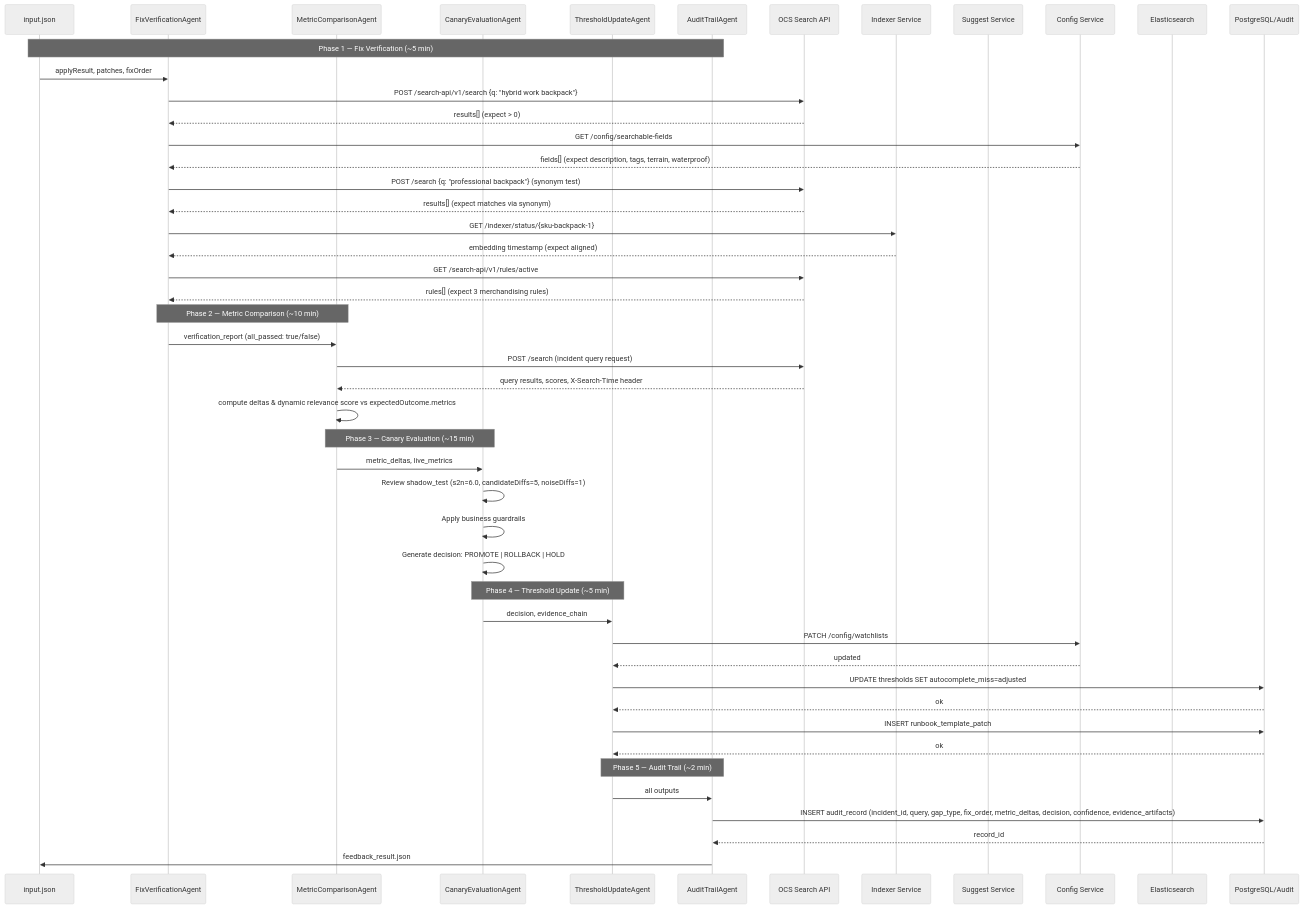
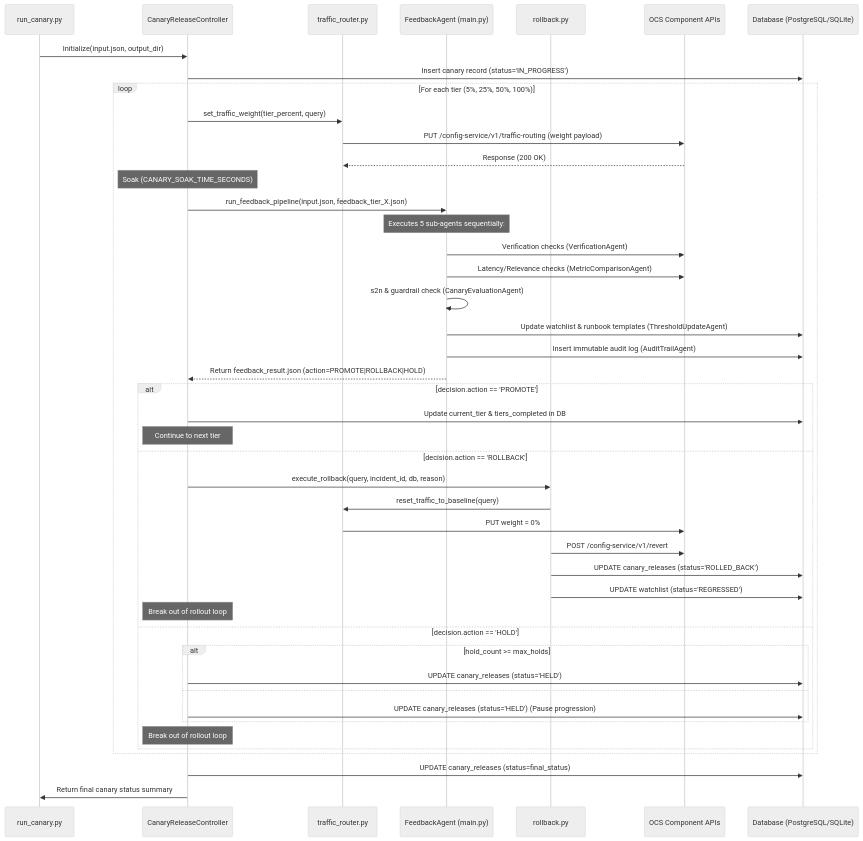
Before and after one commit to bhsinghgrid/Team_8_Ops_Automation_Harness: the fourth of 7 diagrams in OCS_Feedback_Agent_Architecture.md, drawn with Mermaid (neutral theme). The commit also changed other lines of this file, not shown here.

Commit message:
Updated diagram

````diff
--- a/OCS_Feedback_Agent_Architecture.md
+++ b/OCS_Feedback_Agent_Architecture.md
@@ -143,55 +154,51 @@
 ```mermaid
 sequenceDiagram
-    participant IN as input.json
-    participant FV as FixVerificationAgent
-    participant MC as MetricComparisonAgent
-    participant CE as CanaryEvaluationAgent
-    participant TU as ThresholdUpdateAgent
-    participant AT as AuditTrailAgent
-    participant OCS as OCS Search API
-    participant IDX as Indexer Service
-    participant SUG as Suggest Service
-    participant CFG as Config Service
-    participant ES as Elasticsearch
-    participant PG as PostgreSQL/Audit
+    participant CLI as run_canary.py
+    participant CC as CanaryReleaseController
+    participant TR as traffic_router.py
+    participant FA as FeedbackAgent (main.py)
+    participant RB as rollback.py
+    participant OCS as OCS Component APIs
+    participant DB as Database (PostgreSQL/SQLite)
 
-    Note over IN,AT: Phase 1 — Fix Verification (~5 min)
-    IN->>FV: applyResult, patches, fixOrder
-    FV->>OCS: POST /search-api/v1/search {q: "hybrid work backpack"}
-    OCS-->>FV: results[] (expect > 0)
-    FV->>CFG: GET /config/searchable-fields
-    CFG-->>FV: fields[] (expect description, tags, terrain, waterproof)
-    FV->>OCS: POST /search {q: "professional backpack"} (synonym test)
-    OCS-->>FV: results[] (expect matches via synonym)
-    FV->>IDX: GET /indexer/status/{sku-backpack-1}
-    IDX-->>FV: embedding timestamp (expect aligned)
-    FV->>OCS: GET /search-api/v1/rules/active
-    OCS-->>FV: rules[] (expect 3 merchandising rules)
-
-    Note over FV,MC: Phase 2 — Metric Comparison (~10 min)
-    FV->>MC: verification_report (all_passed: true/false)
-    MC->>OCS: POST /search (incident query request)
-    OCS-->>MC: query results, scores, X-Search-Time header
-    MC->>MC: compute deltas & dynamic relevance score vs expectedOutcome.metrics
-
-    Note over MC,CE: Phase 3 — Canary Evaluation (~15 min)
-    MC->>CE: metric_deltas, live_metrics
-    CE->>CE: Review shadow_test (s2n=6.0, candidateDiffs=5, noiseDiffs=1)
-    CE->>CE: Apply business guardrails
-    CE->>CE: Generate decision: PROMOTE | ROLLBACK | HOLD
-
-    Note over CE,TU: Phase 4 — Threshold Update (~5 min)
-    CE->>TU: decision, evidence_chain
-    TU->>CFG: PATCH /config/watchlists
-    CFG-->>TU: updated
-    TU->>PG: UPDATE thresholds SET autocomplete_miss=adjusted
-    PG-->>TU: ok
-    TU->>PG: INSERT runbook_template_patch
-    PG-->>TU: ok
-
-    Note over TU,AT: Phase 5 — Audit Trail (~2 min)
-    TU->>AT: all outputs
-    AT->>PG: INSERT audit_record (incident_id, query, gap_type, fix_order, metric_deltas, decision, confidence, evidence_artifacts)
-    PG-->>AT: record_id
-    AT->>IN: feedback_result.json
+    CLI->>CC: Initialize(input.json, output_dir)
+    CC->>DB: Insert canary record (status='IN_PROGRESS')
+    
+    loop For each tier (5%, 25%, 50%, 100%)
+        CC->>TR: set_traffic_weight(tier_percent, query)
+        TR->>OCS: PUT /config-service/v1/traffic-routing (weight payload)
+        OCS-->>TR: Response (200 OK)
+        Note over CC: Soak (CANARY_SOAK_TIME_SECONDS)
+        CC->>FA: run_feedback_pipeline(input.json, feedback_tier_X.json)
+        
+        Note over FA: Executes 5 sub-agents sequentially:
+        FA->>OCS: Verification checks (VerificationAgent)
+        FA->>OCS: Latency/Relevance checks (MetricComparisonAgent)
+        FA->>FA: s2n & guardrail check (CanaryEvaluationAgent)
+        FA->>DB: Update watchlist & runbook templates (ThresholdUpdateAgent)
+        FA->>DB: Insert immutable audit log (AuditTrailAgent)
+        FA-->>CC: Return feedback_result.json (action=PROMOTE|ROLLBACK|HOLD)
+        
+        alt decision.action == 'PROMOTE'
+            CC->>DB: Update current_tier & tiers_completed in DB
+            Note over CC: Continue to next tier
+        else decision.action == 'ROLLBACK'
+            CC->>RB: execute_rollback(query, incident_id, db, reason)
+            RB->>TR: reset_traffic_to_baseline(query)
+            TR->>OCS: PUT weight = 0%
+            RB->>OCS: POST /config-service/v1/revert
+            RB->>DB: UPDATE canary_releases (status='ROLLED_BACK')
+            RB->>DB: UPDATE watchlist (status='REGRESSED')
+            Note over CC: Break out of rollout loop
+        else decision.action == 'HOLD'
+            alt hold_count >= max_holds
+                CC->>DB: UPDATE canary_releases (status='HELD')
+            else
+                CC->>DB: UPDATE canary_releases (status='HELD') (Pause progression)
+            end
+            Note over CC: Break out of rollout loop
+        end
+    end
+    CC->>DB: UPDATE canary_releases (status=final_status)
+    CC->>CLI: Return final canary status summary
 ```
````
